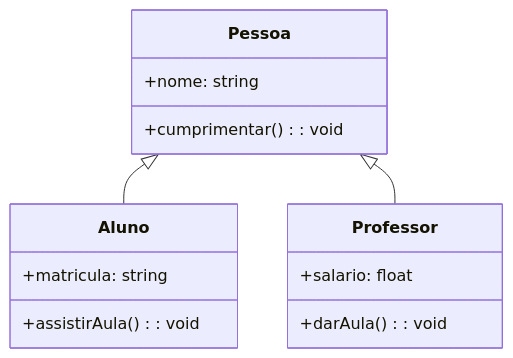
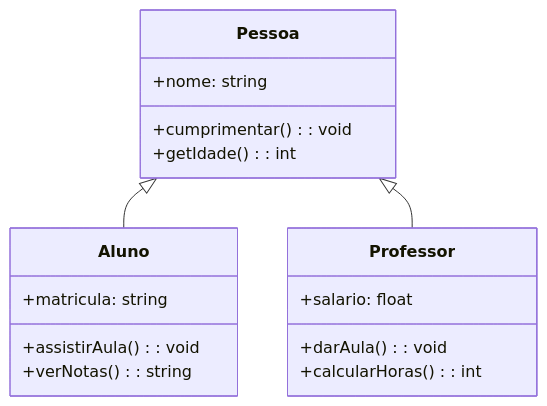
Before and after one commit to marcosfrancisco/aulapoo: the fourth of 8 diagrams in aulaclasses.md, drawn with Mermaid. The commit also changed other lines of this file, not shown here.

````diff
--- a/aulaclasses.md
+++ b/aulaclasses.md
@@ -98,20 +102,23 @@
 ```mermaid
 classDiagram
   class Pessoa {
     +nome: string
     +cumprimentar(): void
+    +getIdade(): int
   }
 
   class Aluno {
     +matricula: string
     +assistirAula(): void
+    +verNotas(): string
   }
 
   class Professor {
     +salario: float
     +darAula(): void
+    +calcularHoras(): int
   }
 
   Pessoa <|-- Aluno
   Pessoa <|-- Professor
 ```
````
